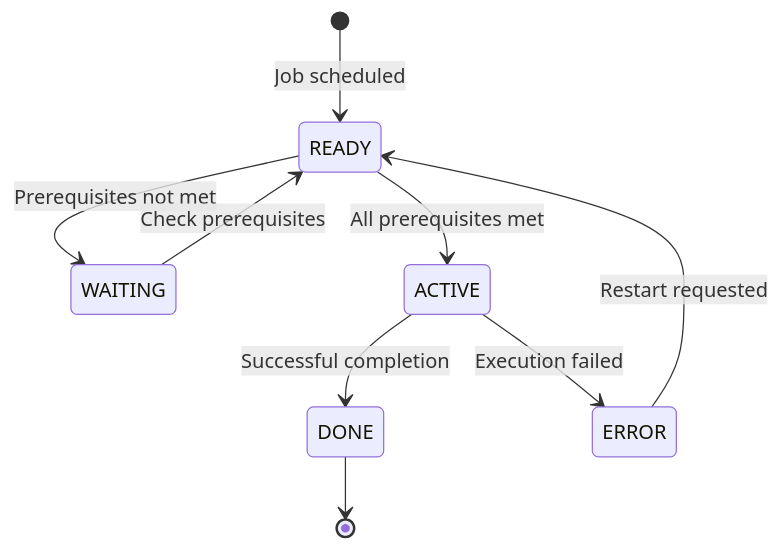
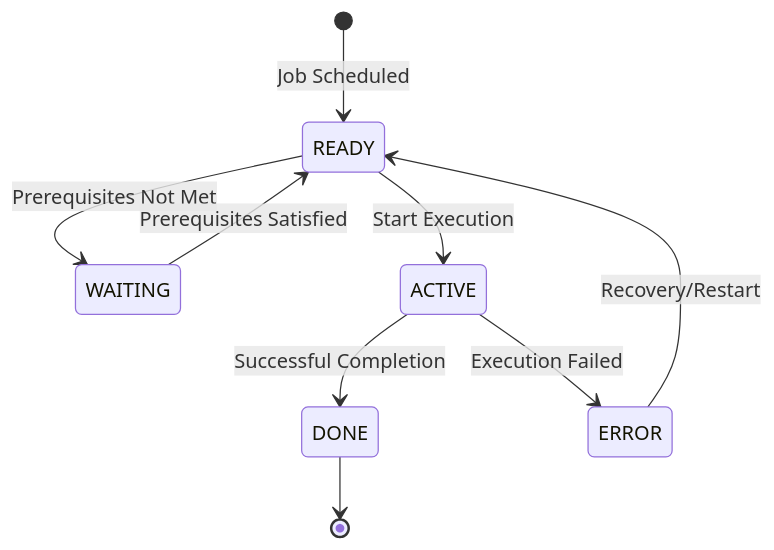
Before and after one commit to haladir-com/legacy-benchmark-docs-vb70e1: the first of 2 diagrams in docs/copybooks/BCHCTL.mdx, drawn with Mermaid. The commit also changed other lines of this file and 64 other files, not shown here.

````diff
--- a/docs/copybooks/BCHCTL.mdx
+++ b/docs/copybooks/BCHCTL.mdx
@@ -118,11 +117,11 @@
 ```mermaid
 stateDiagram-v2
-    [*] --> READY: Job scheduled
-    READY --> WAITING: Prerequisites not met
-    READY --> ACTIVE: All prerequisites met
-    WAITING --> READY: Check prerequisites
-    ACTIVE --> DONE: Successful completion
-    ACTIVE --> ERROR: Execution failed
-    ERROR --> READY: Restart requested
+    [*] --> READY: Job Scheduled
+    READY --> WAITING: Prerequisites Not Met
+    READY --> ACTIVE: Start Execution
+    WAITING --> READY: Prerequisites Satisfied
+    ACTIVE --> DONE: Successful Completion
+    ACTIVE --> ERROR: Execution Failed
+    ERROR --> READY: Recovery/Restart
     DONE --> [*]
 ```
````
